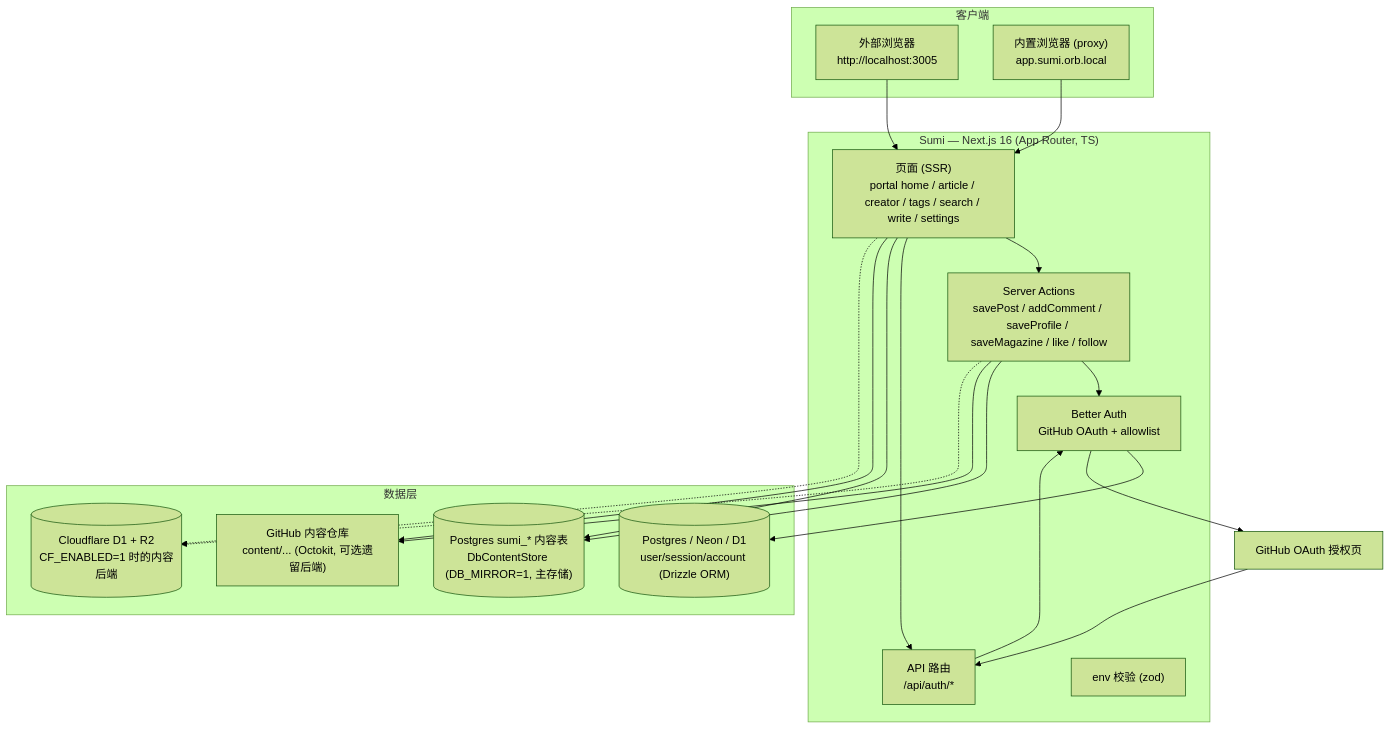
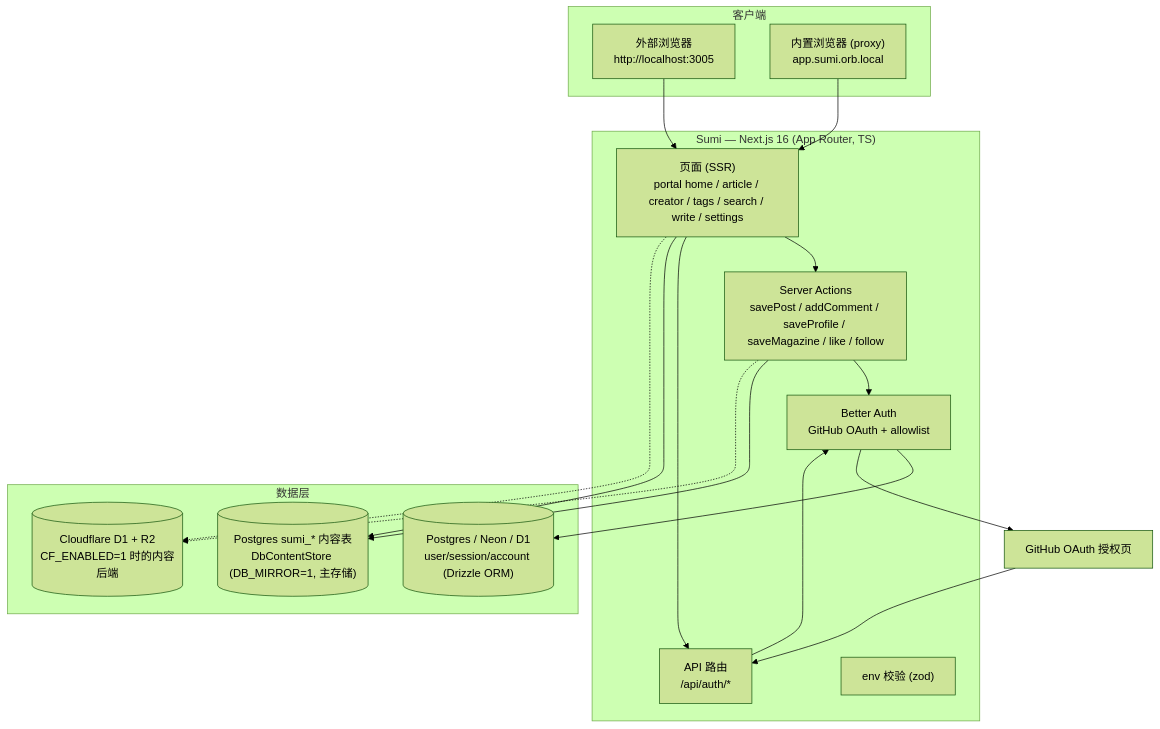
Before and after one commit to fuyucn/sumi: the first of 12 diagrams in docs/ARCHITECTURE.md, drawn with Mermaid (forest theme). The commit also changed other lines of this file and 167 other files, not shown here.

Commit message:
docs: sumi architecture article with generated diagrams, published via remote MCP

````diff
--- a/docs/ARCHITECTURE.md
+++ b/docs/ARCHITECTURE.md
@@ -23,40 +23,37 @@
 ```mermaid
 flowchart TB
     subgraph Client["客户端"]
         WB["外部浏览器<br/>http://localhost:3005"]
         IB["内置浏览器 (proxy)<br/>app.sumi.orb.local"]
     end
 
     subgraph Next["Sumi — Next.js 16 (App Router, TS)"]
         Pages["页面 (SSR)<br/>portal home / article / creator / tags / search / write / settings"]
         SA["Server Actions<br/>savePost / addComment / saveProfile / saveMagazine / like / follow"]
         API["API 路由<br/>/api/auth/*"]
         Auth["Better Auth<br/>GitHub OAuth + allowlist"]
         Env["env 校验 (zod)"]
     end
 
     subgraph DataLayer["数据层"]
         PG[("Postgres / Neon / D1<br/>user/session/account (Drizzle ORM)")]
         Mirror[("Postgres sumi_* 内容表<br/>DbContentStore (DB_MIRROR=1, 主存储)")]
-        Repo["GitHub 内容仓库<br/>content/... (Octokit, 可选遗留后端)"]
         CF[("Cloudflare D1 + R2<br/>CF_ENABLED=1 时的内容后端")]
     end
 
     OAuth["GitHub OAuth 授权页"]
 
     WB --> Pages
     IB --> Pages
     Pages --> SA
     Pages --> API
     SA --> Auth
     API --> Auth
     Auth --> PG
     Pages --> Mirror
     SA --> Mirror
-    Pages --> Repo
-    SA --> Repo
     Pages -.-> CF
     SA -.-> CF
     Auth --> OAuth
     OAuth --> API
 ```
````
